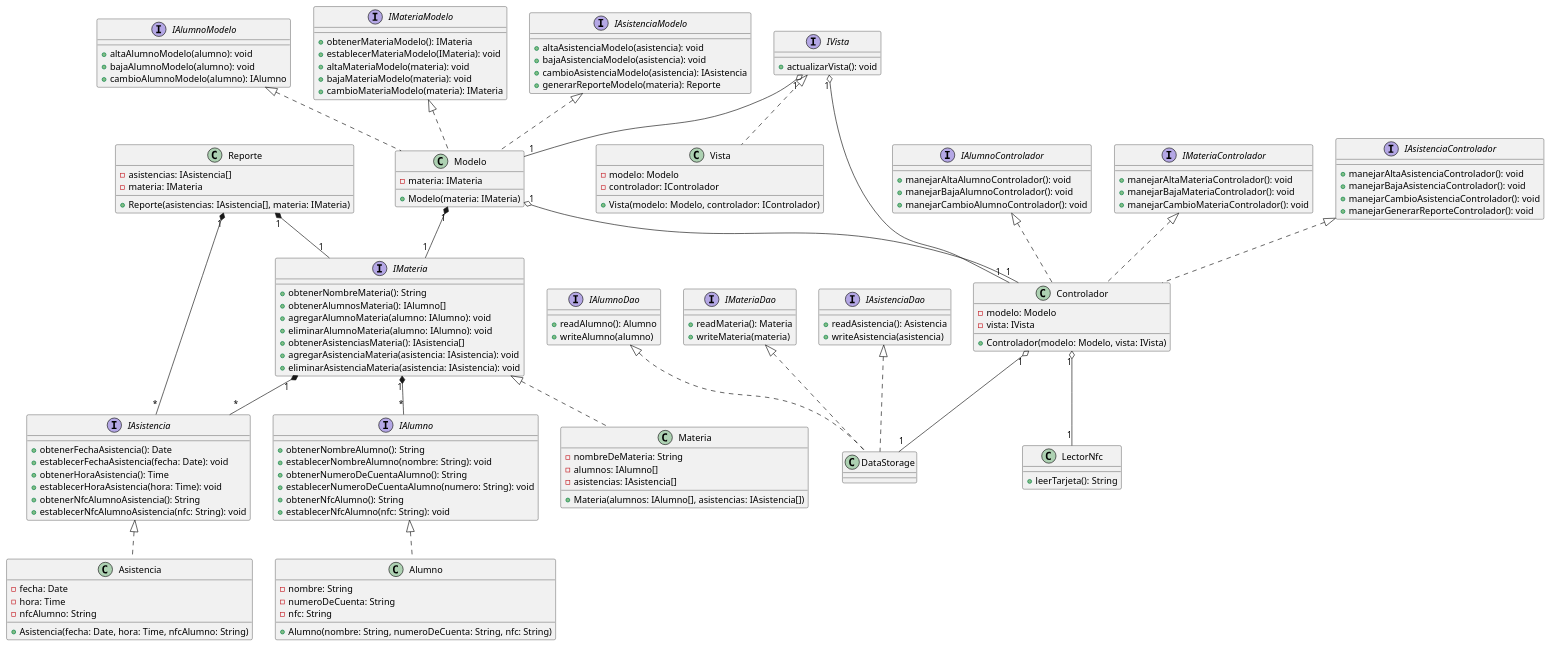
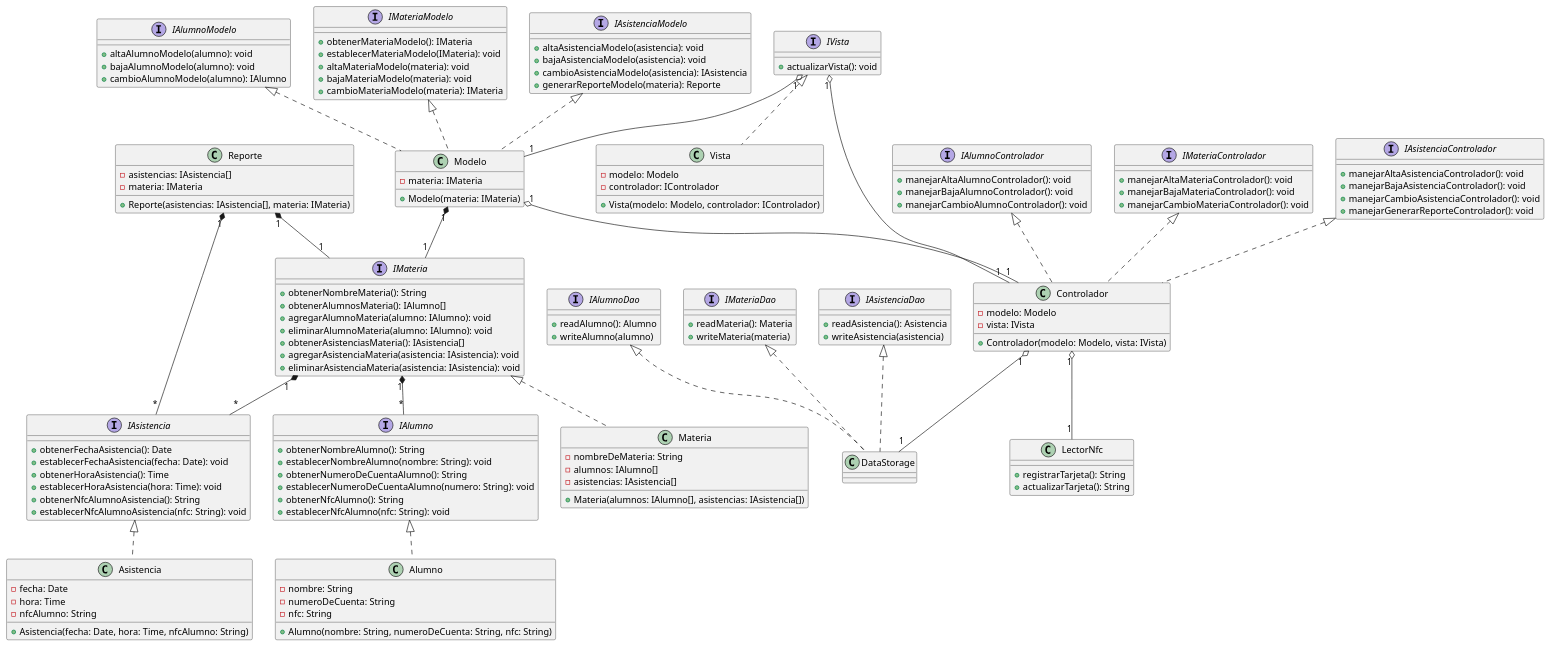
The diagram in Diseño/06_design/Diagramas_de_Clases/Diagrama_de_Clases.puml (AngelGabriel02/Proyecto-Sistemas), drawn with PlantUML before and after one commit. The commit also changed 1 other file, not shown here.

Commit message:
FCA SA: Diagrama de Clases
Actualización de la clase LectorNFC

```diff
--- a/Diseño/06_design/Diagramas_de_Clases/Diagrama_de_Clases.puml
+++ b/Diseño/06_design/Diagramas_de_Clases/Diagrama_de_Clases.puml
@@ -167,7 +167,8 @@
 
 class LectorNfc {
 
-  + leerTarjeta(): String
+  + registrarTarjeta(): String
+  + actualizarTarjeta(): String
 
 }
 
```
